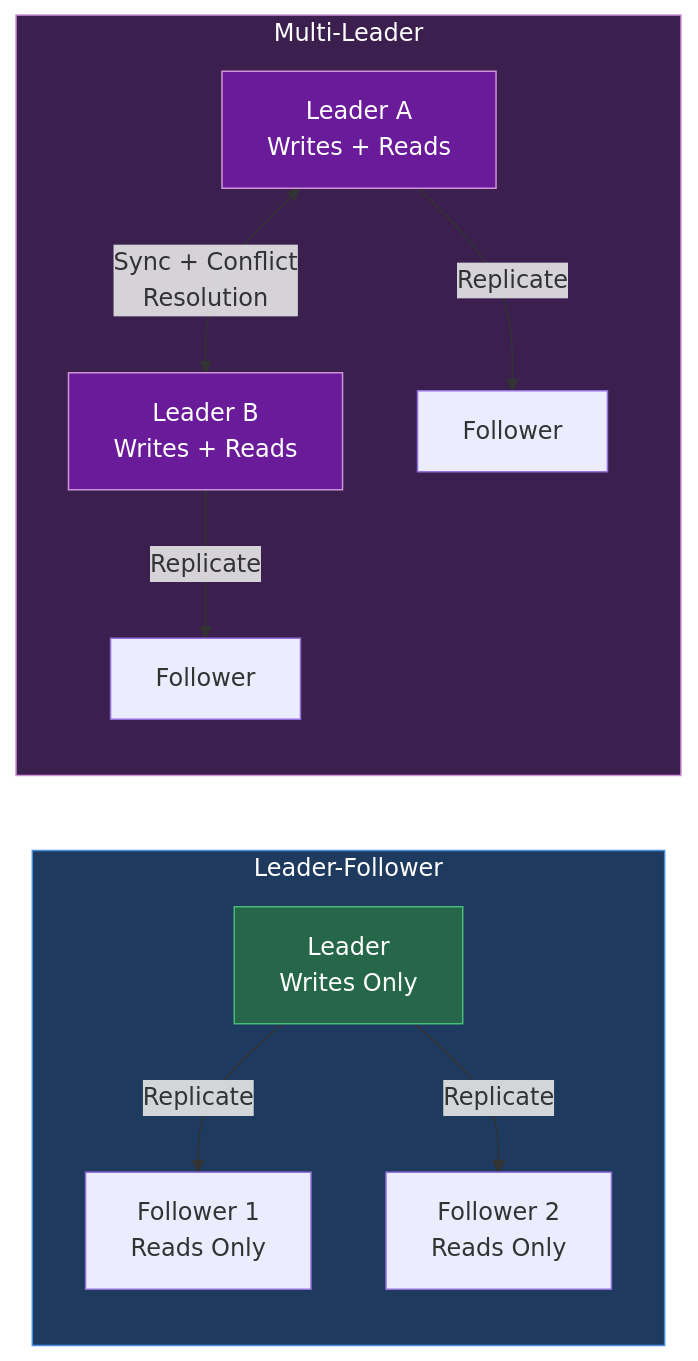
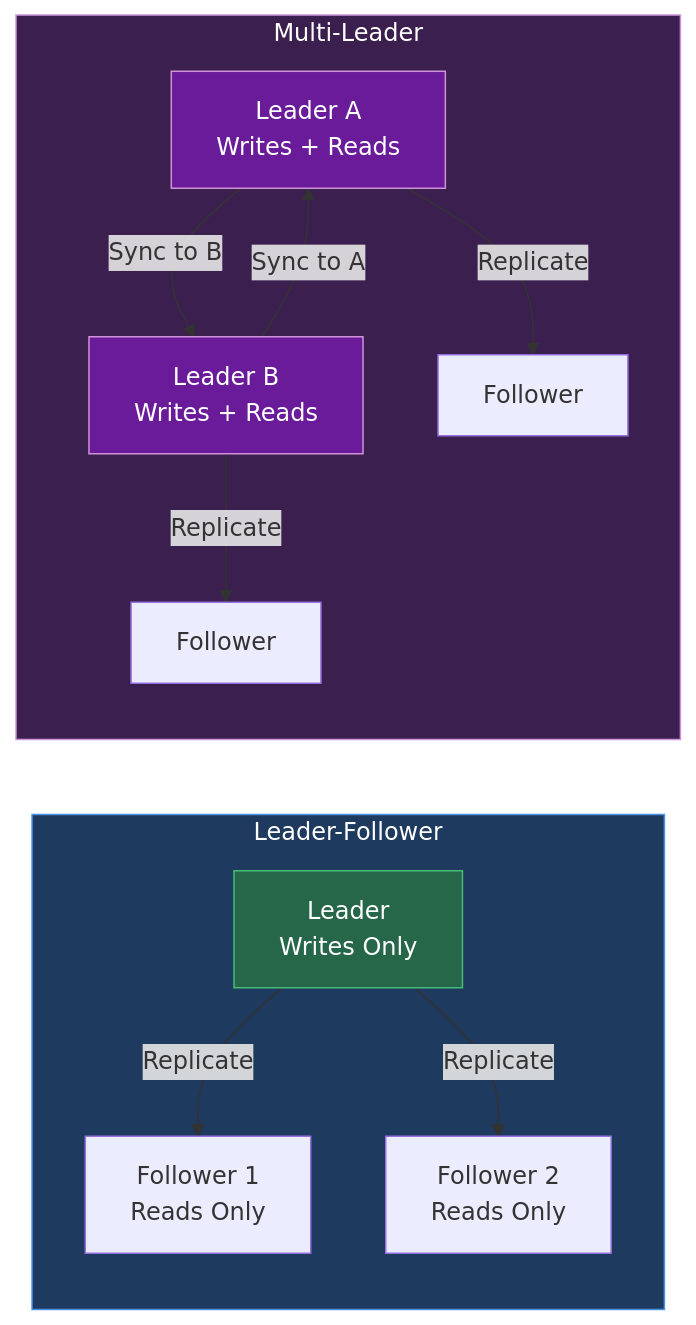
Diagram 20 of 39 in index.md (kintsugi-programmer/kintsugi-stack-dbms), drawn with Mermaid before and after one commit. The commit also changed other lines of this file, not shown here.

````diff
--- a/index.md
+++ b/index.md
@@ -1029,17 +1035,18 @@
 ```mermaid
 flowchart LR
     subgraph LF["Leader-Follower"]
         LFW[Leader\nWrites Only] -->|Replicate| LFF1[Follower 1\nReads Only]
         LFW -->|Replicate| LFF2[Follower 2\nReads Only]
     end
     subgraph ML["Multi-Leader"]
-        ML1[Leader A\nWrites + Reads] <-->|Sync + Conflict\nResolution| ML2[Leader B\nWrites + Reads]
+        ML1[Leader A\nWrites + Reads] -->|Sync to B| ML2[Leader B\nWrites + Reads]
+        ML2 -->|Sync to A| ML1
         ML1 -->|Replicate| MLF1[Follower]
         ML2 -->|Replicate| MLF2[Follower]
     end
     style LF fill:#1e3a5f,stroke:#4a90e2,color:#fff
     style ML fill:#3b1f4e,stroke:#ce93d8,color:#fff
     style LFW fill:#276749,stroke:#48bb78,color:#fff
     style ML1 fill:#6a1b9a,stroke:#ce93d8,color:#fff
     style ML2 fill:#6a1b9a,stroke:#ce93d8,color:#fff
 ```
````
